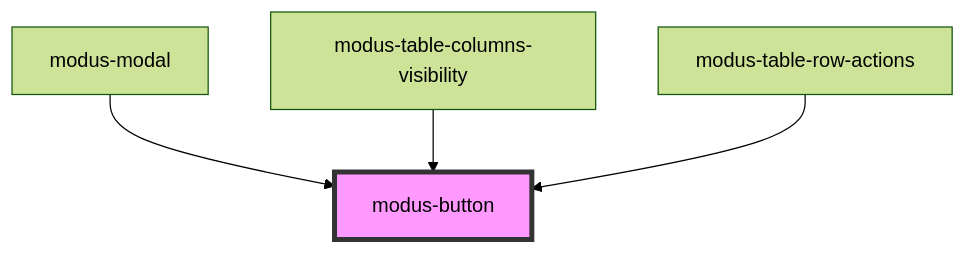
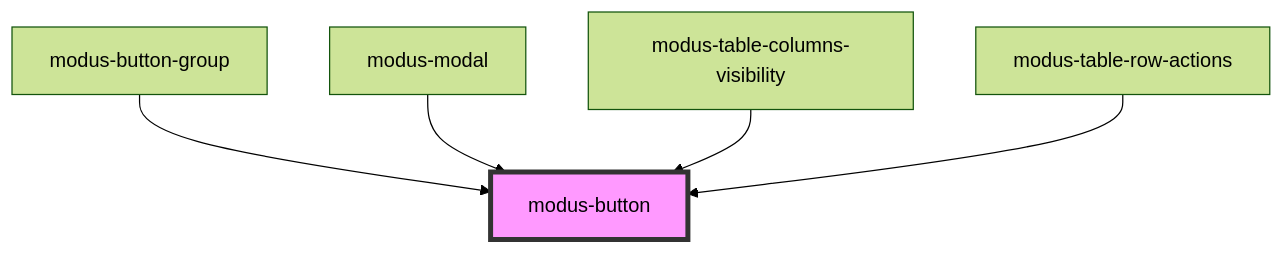
The diagram in stencil-workspace/src/components/modus-button/readme.md (trimble-oss/modus-web-components), drawn with Mermaid (forest theme) before and after one commit. The commit also changed other lines of this file and 9 other files, not shown here.

First line of the commit message:
Add Modus Button Group

````diff
--- a/stencil-workspace/src/components/modus-button/readme.md
+++ b/stencil-workspace/src/components/modus-button/readme.md
@@ -52,7 +55,8 @@
 ```mermaid
 graph TD;
+  modus-button-group --> modus-button
   modus-modal --> modus-button
   modus-table-columns-visibility --> modus-button
   modus-table-row-actions --> modus-button
   style modus-button fill:#f9f,stroke:#333,stroke-width:4px
 ```
````
